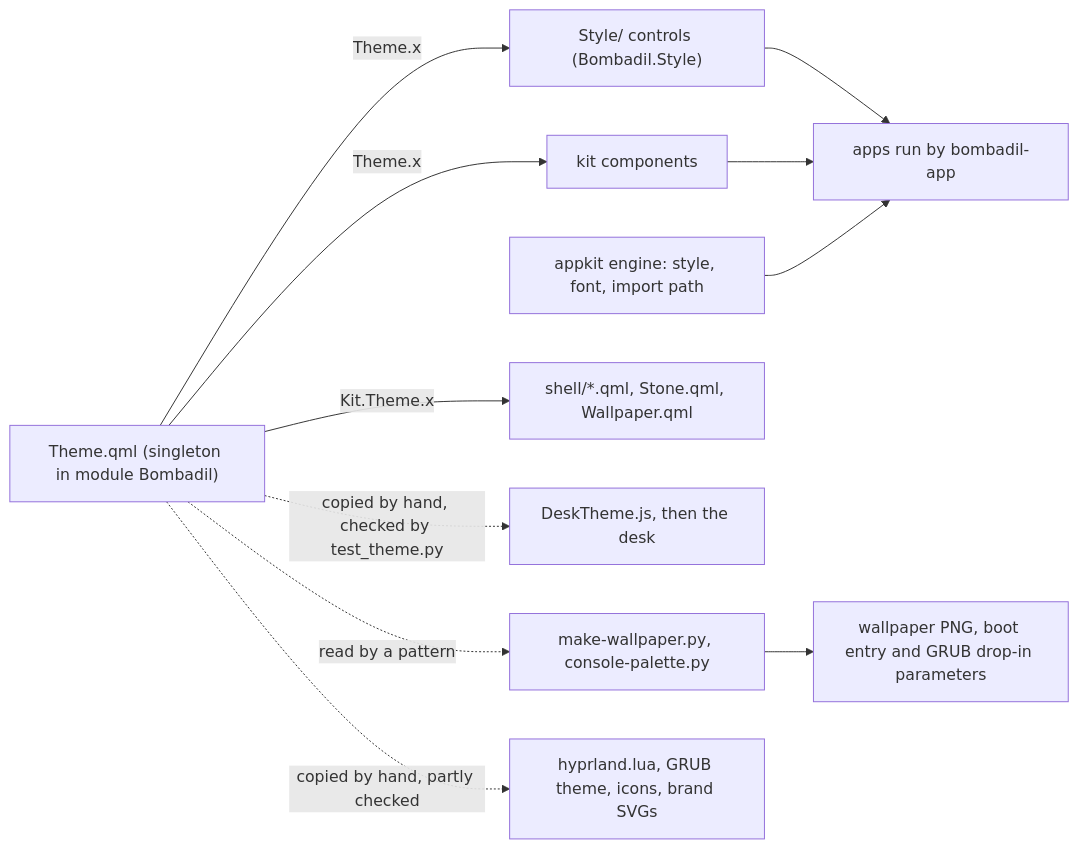
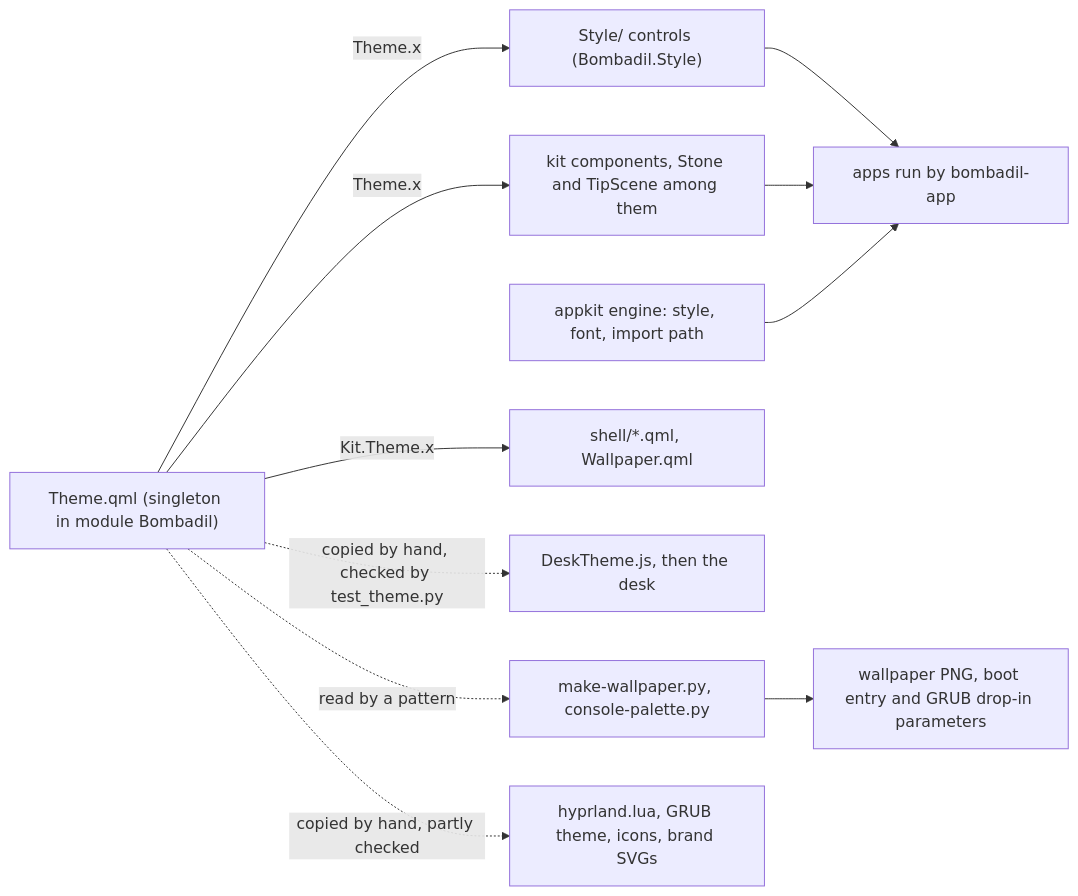
One commit to thedefaultman/Bombadil changed the first of 2 diagrams in docs/design-system/README.md. Above: the diagram before and after it, drawn with Mermaid. The commit also changed other lines of this file and 22 other files, not shown here.

First line of the commit message:
docs: architecture, UX and brand pages brought up to date for the installed OS, the Tips app and card, and idle cost

````diff
--- a/docs/design-system/README.md
+++ b/docs/design-system/README.md
@@ -24,23 +25,23 @@
 ```mermaid
 flowchart LR
     Theme["Theme.qml (singleton in module Bombadil)"]
     Style["Style/ controls (Bombadil.Style)"]
-    Kit["kit components"]
+    Kit["kit components, Stone and TipScene among them"]
     Engine["appkit engine: style, font, import path"]
     Apps["apps run by bombadil-app"]
-    Shell["shell/*.qml, Stone.qml, Wallpaper.qml"]
+    Shell["shell/*.qml, Wallpaper.qml"]
     Desk["DeskTheme.js, then the desk"]
     Gen["make-wallpaper.py, console-palette.py"]
     Out["wallpaper PNG, boot entry and GRUB drop-in parameters"]
     Copies["hyprland.lua, GRUB theme, icons, brand SVGs"]
     Theme -->|"Theme.x"| Style
     Theme -->|"Theme.x"| Kit
     Style --> Apps
     Kit --> Apps
     Engine --> Apps
     Theme -->|"Kit.Theme.x"| Shell
     Theme -.->|"copied by hand, checked by test_theme.py"| Desk
     Theme -.->|"read by a pattern"| Gen
     Gen --> Out
     Theme -.->|"copied by hand, partly checked"| Copies
 ```
````
